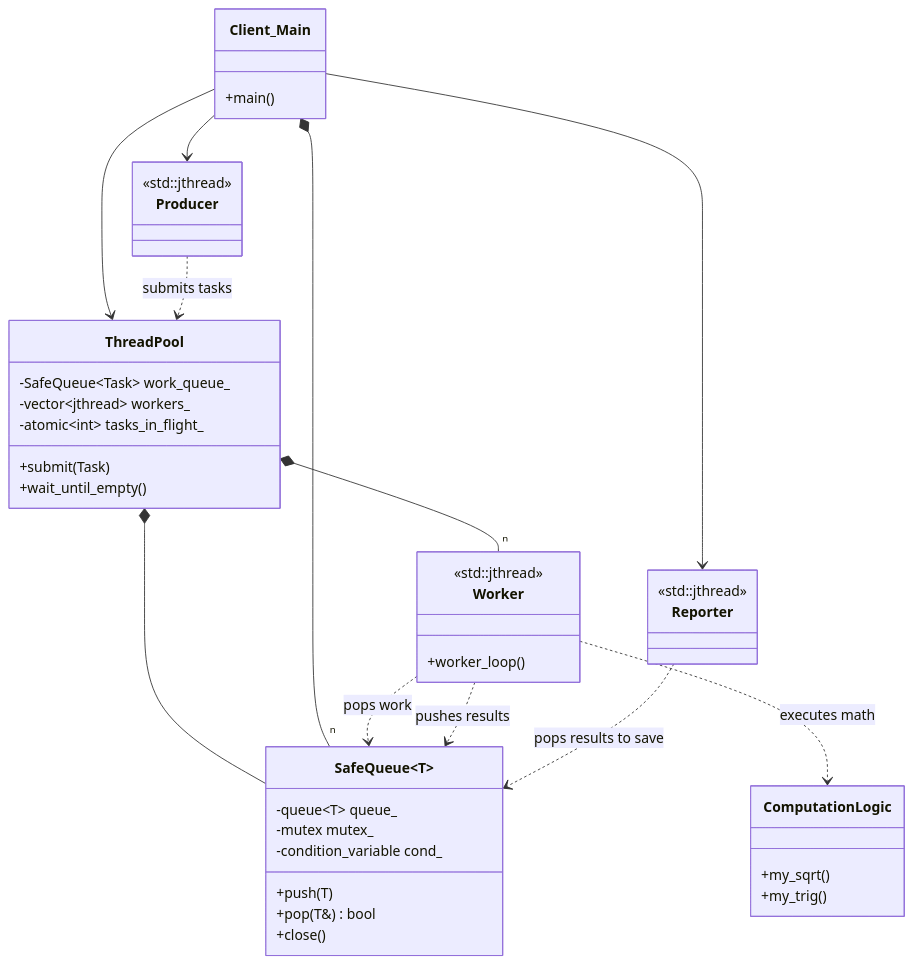
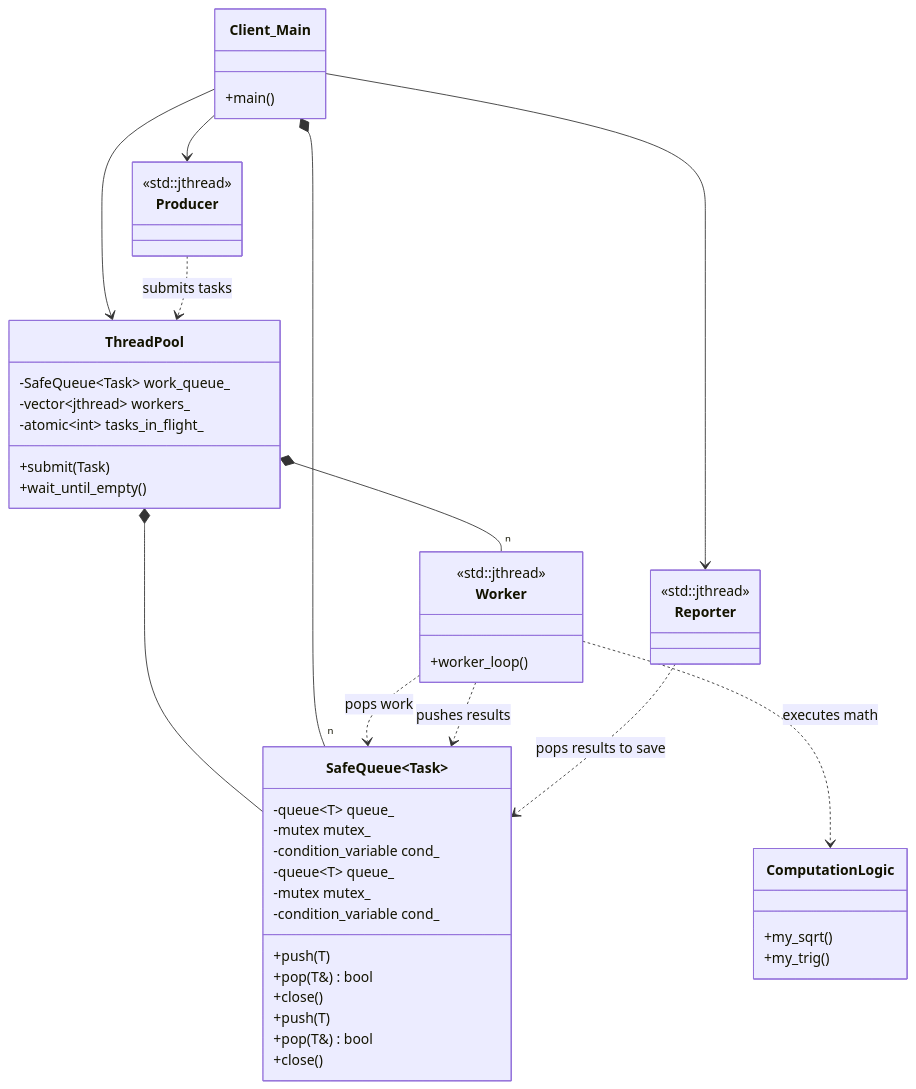
The diagram in 34_ThreadPool/README.md (MarioGalindoQ/Modern-CPP-Design-Patterns), drawn with Mermaid before and after one commit. The commit also changed 1 other file, not shown here.

Commit message:
Improve UML

````diff
--- a/34_ThreadPool/README.md
+++ b/34_ThreadPool/README.md
@@ -70,58 +70,67 @@
 ```mermaid
 classDiagram
-   class SafeQueue~T~ {
+   class SafeQueue~Task~ {
+      -queue~T~ queue_
+      -mutex mutex_
+      -condition_variable cond_
+      +push(T)
+      +pop(T&) bool
+      +close()
+   }
+
+   class SafeQueue~Result~ {
       -queue~T~ queue_
       -mutex mutex_
       -condition_variable cond_
       +push(T)
       +pop(T&) bool
       +close()
    }
 
    class ThreadPool {
       -SafeQueue~Task~ work_queue_
       -vector~jthread~ workers_
       -atomic~int~ tasks_in_flight_
       +submit(Task)
       +wait_until_empty()
    }
 
    class Worker {
       <<std::jthread>>
       +worker_loop()
    }
 
    class Client_Main {
       +main()
    }
 
    class Producer {
       <<std::jthread>>
    }
 
    class Reporter {
       <<std::jthread>>
    }
 
    class ComputationLogic {
       +my_sqrt()
       +my_trig()
    }
 
    %% The Pool owns its internal components
    ThreadPool *-- SafeQueue~Task~
    ThreadPool *-- "n" Worker
 
    %% The Client (Main) creates the high-level infrastructure
    Client_Main --> ThreadPool
    Client_Main --> Producer
    Client_Main --> Reporter
    Client_Main *-- "n" SafeQueue~Result~
 
    %% Operational dependencies
    Producer ..> ThreadPool : submits tasks
    Worker ..> SafeQueue~Task~ : pops work
    Worker ..> ComputationLogic : executes math
    Worker ..> SafeQueue~Result~ : pushes results
    Reporter ..> SafeQueue~Result~ : pops results to save
 ```
````
